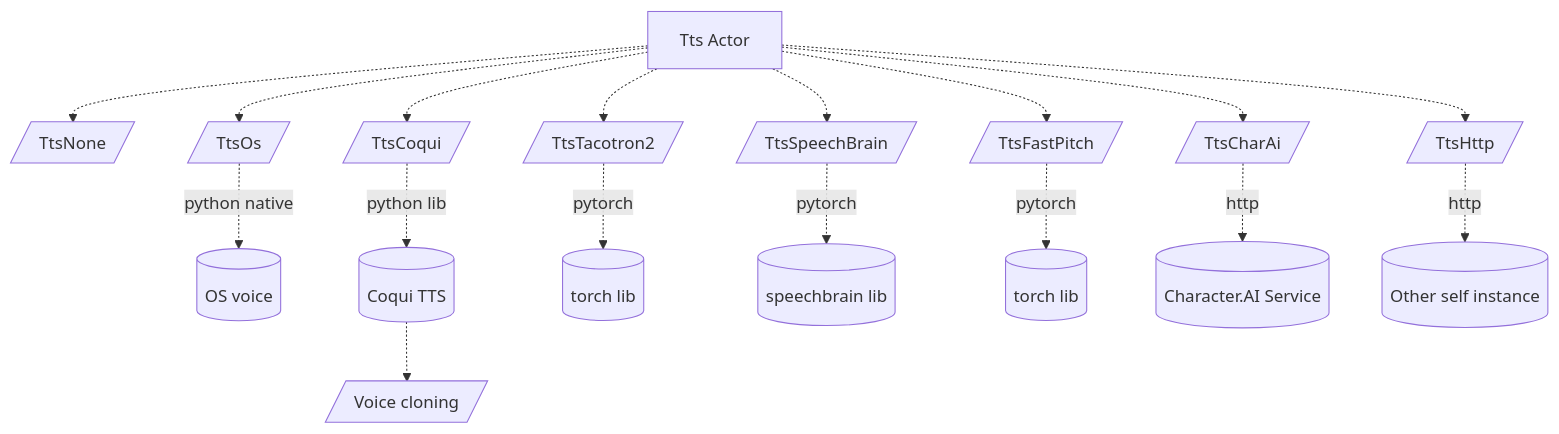
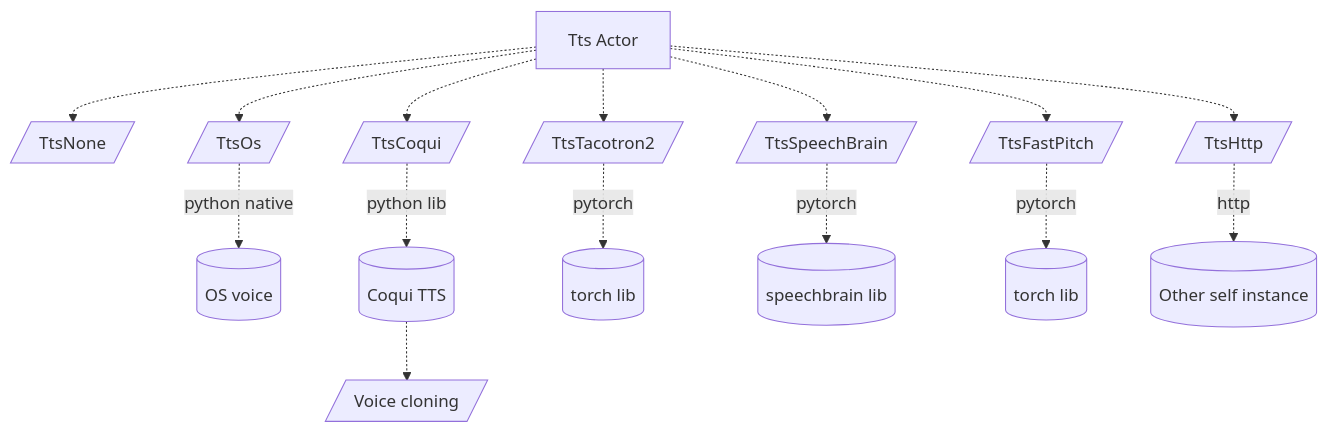
The fourth of 7 diagrams in app/speech-recognition-whisper/README.md (sghpjuikit/player), drawn with Mermaid before and after one commit. The commit also changed 4 other files, not shown here.

First line of the commit message:
Remove TtsCharAi

````diff
--- a/app/speech-recognition-whisper/README.md
+++ b/app/speech-recognition-whisper/README.md
@@ -83,20 +83,18 @@
 ```mermaid
 flowchart TD
   V[Tts Actor]
   V  -.-> V0[/TtsNone/]
   V  -.-> V1[/TtsOs/]
   V  -.-> V3[/TtsCoqui/]
   V  -.-> V5[/TtsTacotron2/]
   V  -.-> V6[/TtsSpeechBrain/]
   V  -.-> V7[/TtsFastPitch/]
-  V  -.-> V2[/TtsCharAi/]
   V  -.-> V8[/TtsHttp/]
   V1 -.->|python native| V1X[(OS voice)]
   V3 -.->|python lib| V3X[(Coqui TTS)]
   V3X-.-> V3XX[/Voice cloning/]
   V5 -.->|pytorch| V5X[(torch lib)]
   V6 -.->|pytorch| V6X[(speechbrain lib)]
   V7 -.->|pytorch| V7X[(torch lib)]
-  V2 -.->|http| V2X[(Character.AI Service)]
   V8 -.->|http| V8X[(Other self instance)]
 ```
````
